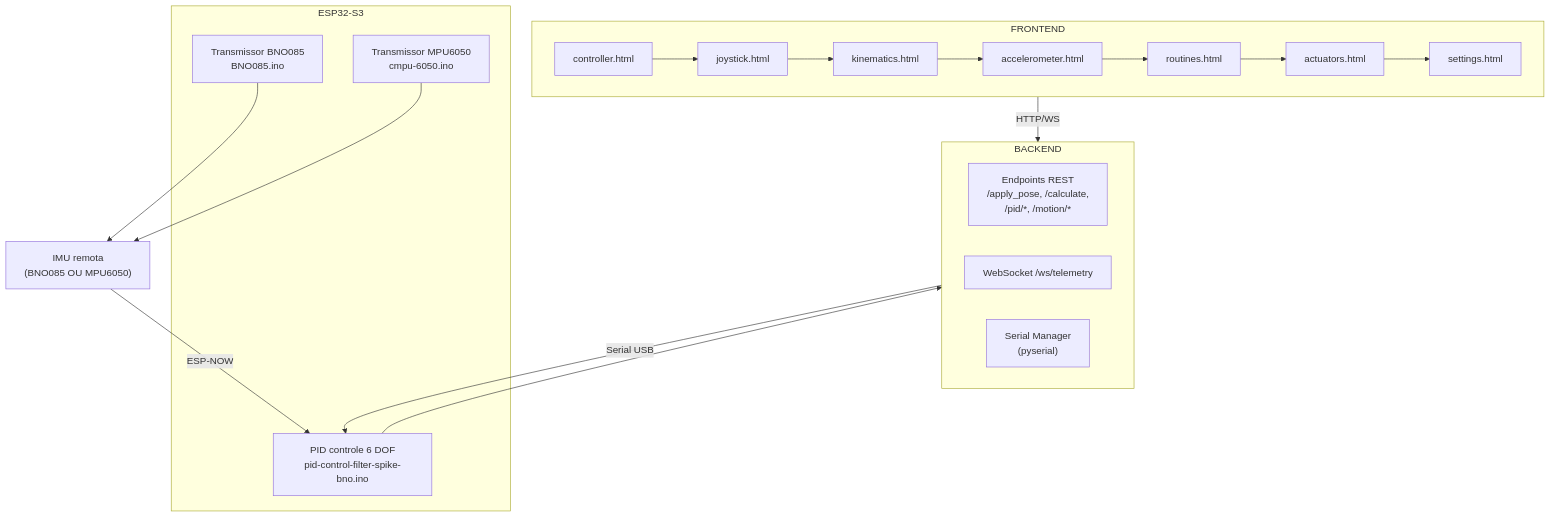
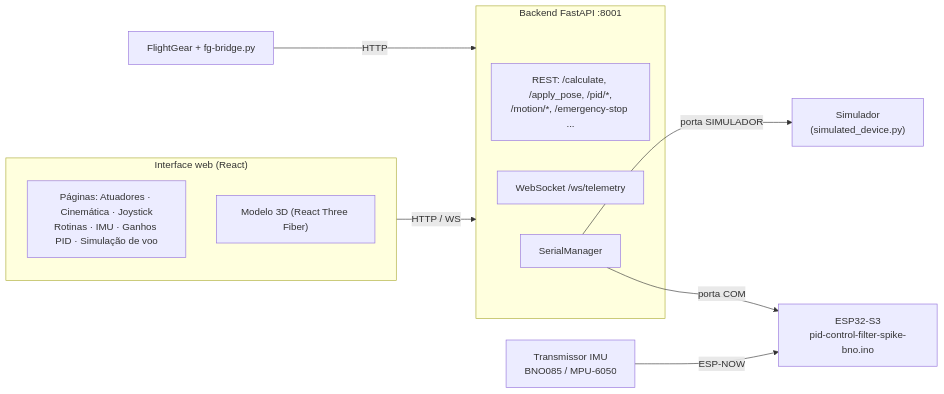
One commit to g-Miyata/PLATAFORMA_DE_STEWART changed the diagram in README.md. Above: the diagram before and after it, drawn with Mermaid. The commit also changed other lines of this file and 1 other file, not shown here.

Commit message:
docs: update README and firmware serial command reference

````diff
--- a/README.md
+++ b/README.md
@@ -29,32 +35,24 @@
 ```mermaid
-
-flowchart TB
-    subgraph Frontend ["FRONTEND"]
-        F1[controller.html] --> F2[joystick.html] --> F3[kinematics.html] --> F4[accelerometer.html] --> F5[routines.html] --> F6[actuators.html] --> F7[settings.html]
+flowchart LR
+    subgraph Web ["Interface web (React)"]
+        P["Páginas: Atuadores · Cinemática · Joystick<br>Rotinas · IMU · Ganhos PID · Simulação de voo"]
+        V["Modelo 3D (React Three Fiber)"]
     end
 
-    subgraph Backend ["BACKEND"]
-        B1["Endpoints REST<br>/apply_pose, /calculate,<br>/pid/*, /motion/*"]
-        B2["WebSocket /ws/telemetry"]
-        B3["Serial Manager<br>(pyserial)"]
+    subgraph Backend ["Backend FastAPI :8001"]
+        R["REST: /calculate, /apply_pose, /pid/*,<br>/motion/*, /emergency-stop ..."]
+        W["WebSocket /ws/telemetry"]
+        S["SerialManager"]
     end
 
-    subgraph Firmware ["ESP32-S3"]
-        FW1["PID controle 6 DOF<br>pid-control-filter-spike-bno.ino"]
-        FW2["Transmissor BNO085<br>BNO085.ino"]
-        FW3["Transmissor MPU6050<br>cmpu-6050.ino"]
-    end
+    SIM["Simulador<br>(simulated_device.py)"]
+    FW["ESP32-S3<br>pid-control-filter-spike-bno.ino"]
+    IMU["Transmissor IMU<br>BNO085 / MPU-6050"]
+    FG["FlightGear + fg-bridge.py"]
 
-    IMU["IMU remota<br>(BNO085 OU MPU6050)"]
-
-    Frontend -->|HTTP/WS| Backend
-    Backend -->|Serial USB| FW1
-    FW1 --> Backend
-
-    FW2 --> IMU
-    FW3 --> IMU
-    IMU -->|ESP-NOW| FW1
-
-
-
+    Web -->|HTTP / WS| Backend
+    S -->|porta COM| FW
+    S -->|porta SIMULADOR| SIM
+    IMU -->|ESP-NOW| FW
+    FG -->|HTTP| Backend
 ```
````
